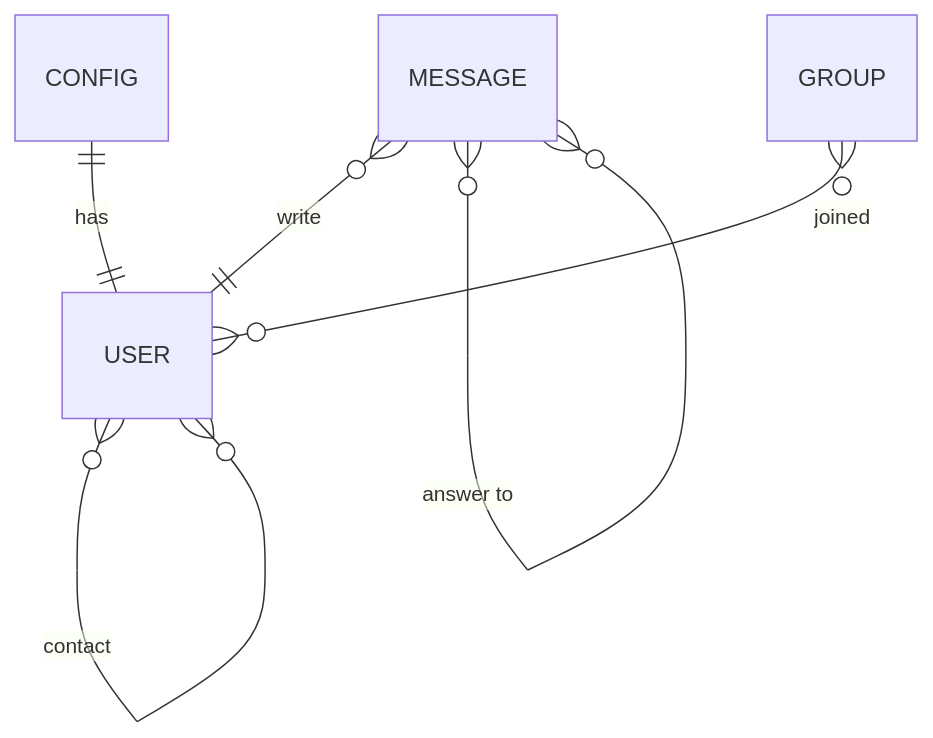
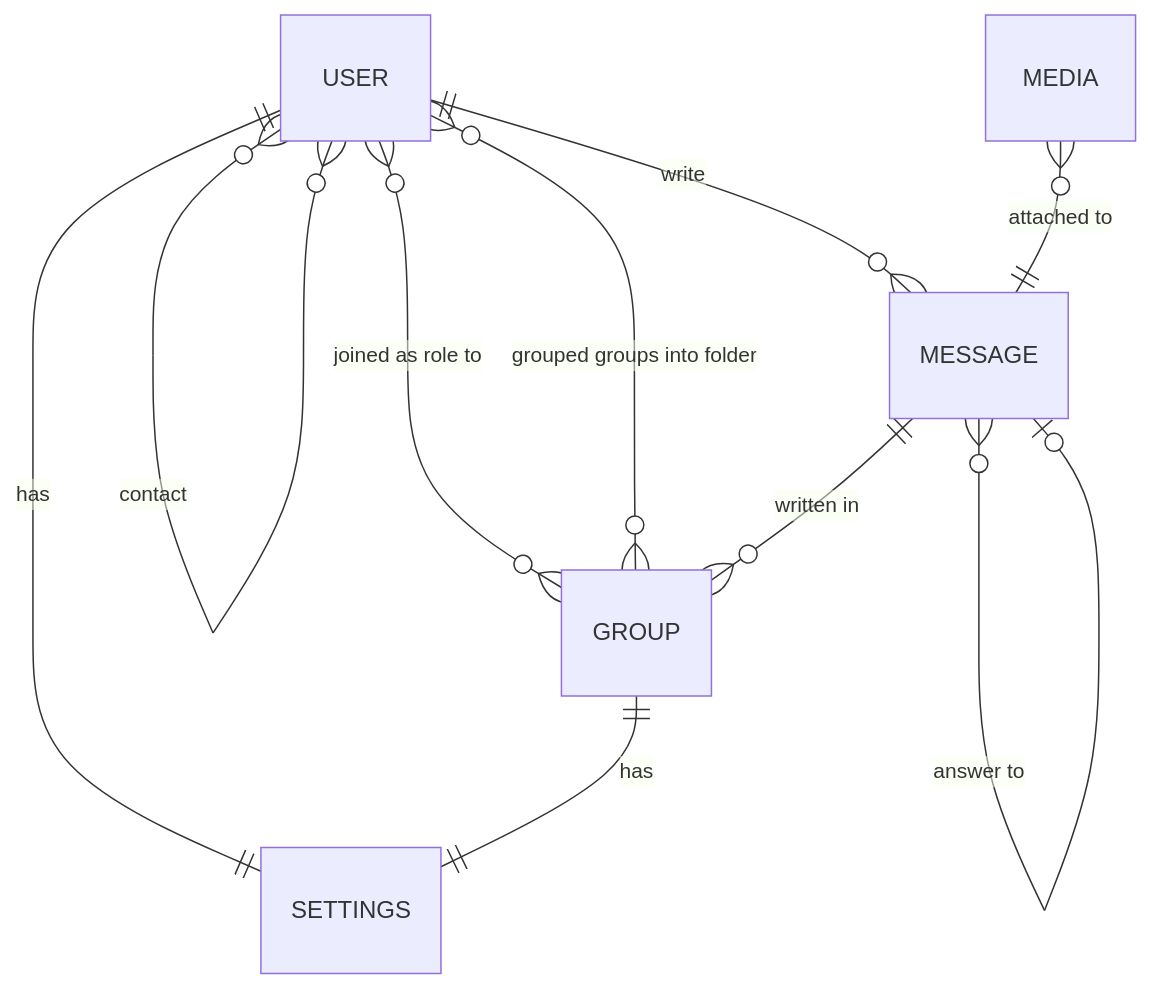
The diagram in Models.md (dev-KPI/messenger-backend), drawn with Mermaid before and after one commit. The commit also changed other lines of this file, not shown here.

````diff
--- a/Models.md
+++ b/Models.md
@@ -3,8 +3,12 @@
 ```mermaid
 erDiagram
 USER }o--o{ USER : contact
-CONFIG ||--|| USER : has
-MESSAGE }o--|| USER : write
-MESSAGE }o--o{ MESSAGE : "answer to"
-GROUP }o--o{ USER : joined
+USER ||--|| SETTINGS : has
+GROUP ||--|| SETTINGS : has
+USER ||--o{ MESSAGE : write
+MESSAGE }o--o| MESSAGE : "answer to"
+USER }o--o{ GROUP : "joined as role to"
+USER }o--o{ GROUP : "grouped groups into folder"
+MESSAGE ||--o{ GROUP : "written in"
+MEDIA }o--|| MESSAGE : "attached to"
 ```
````
